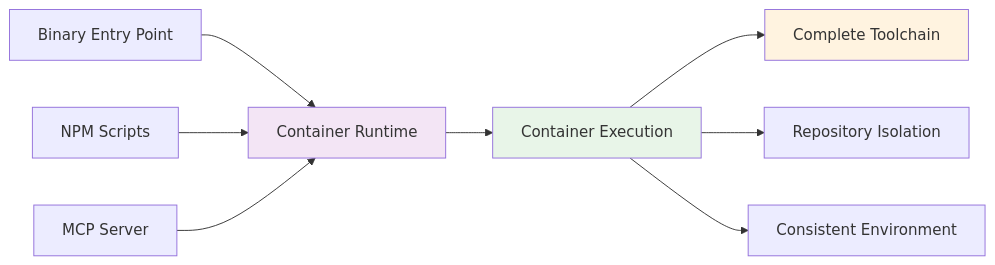
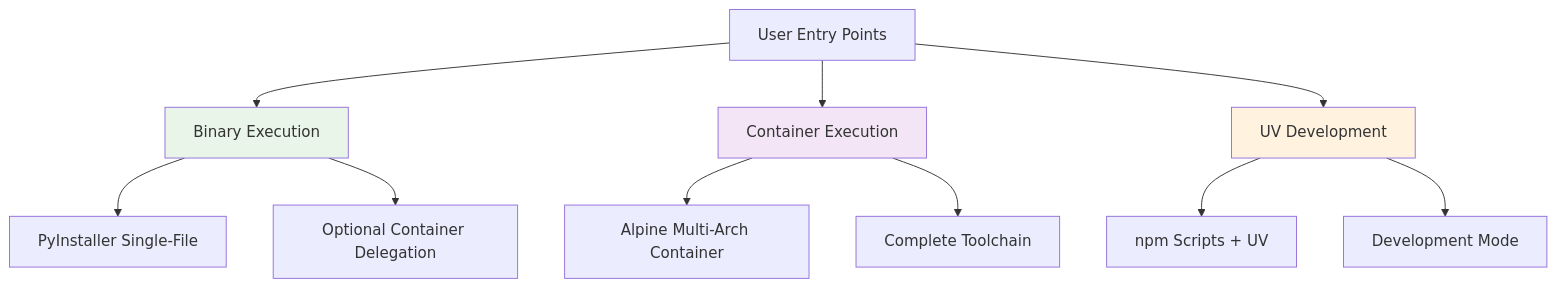
The first of 2 diagrams in README.md (Jesssullivan/tinyland-huskycat), drawn with Mermaid before and after one commit. The commit also changed other lines of this file, not shown here.

````diff
--- a/README.md
+++ b/README.md
@@ -9,15 +11,19 @@
 ```mermaid
-graph LR
-    A[" Binary Entry Point"] --> B["Container Runtime"]
-    C[" NPM Scripts"] --> B
-    D[" MCP Server"] --> B
-    
-    B --> E[" Container Execution"]
-    E --> F["Complete Toolchain"]
-    E --> G["Repository Isolation"] 
-    E --> H["Consistent Environment"]
-    
-    style B fill:#f3e5f5
-    style E fill:#e8f5e8
-    style F fill:#fff3e0
+graph TB
+    A["User Entry Points"] --> B["Binary Execution"]
+    A --> C["Container Execution"]
+    A --> D["UV Development"]
+
+    B --> E["PyInstaller Single-File"]
+    B --> F["Optional Container Delegation"]
+
+    C --> G["Alpine Multi-Arch Container"]
+    C --> H["Complete Toolchain"]
+
+    D --> I["npm Scripts + UV"]
+    D --> J["Development Mode"]
+
+    style B fill:#e8f5e8
+    style C fill:#f3e5f5
+    style D fill:#fff3e0
 ```
````
